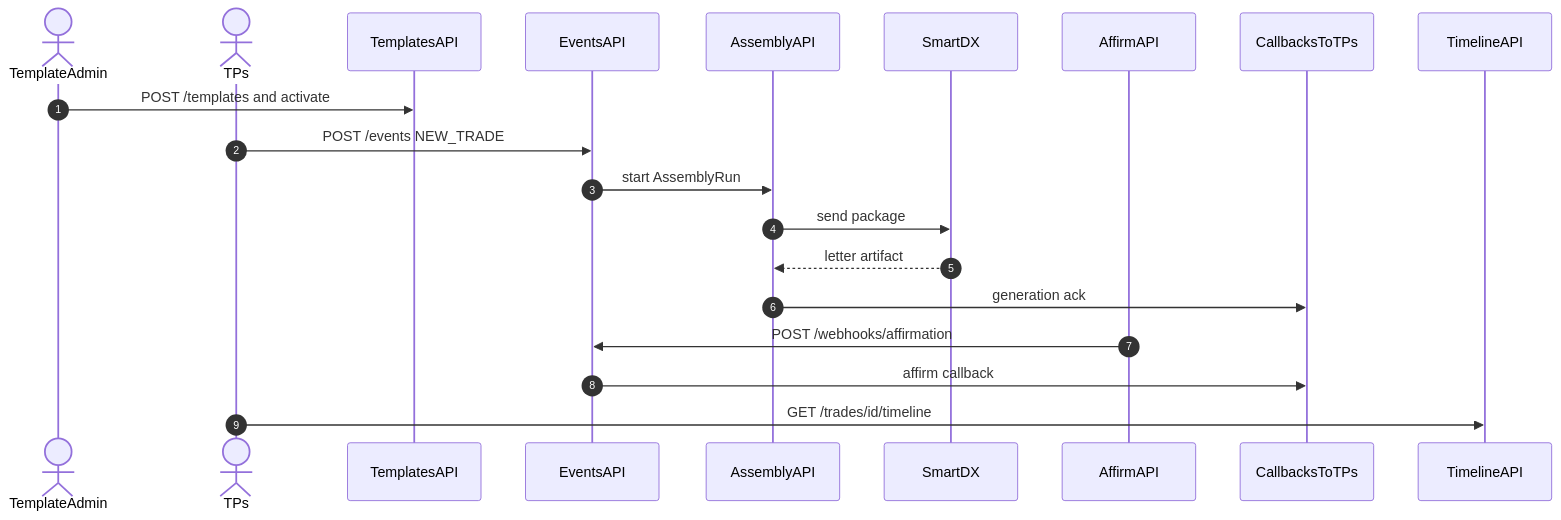
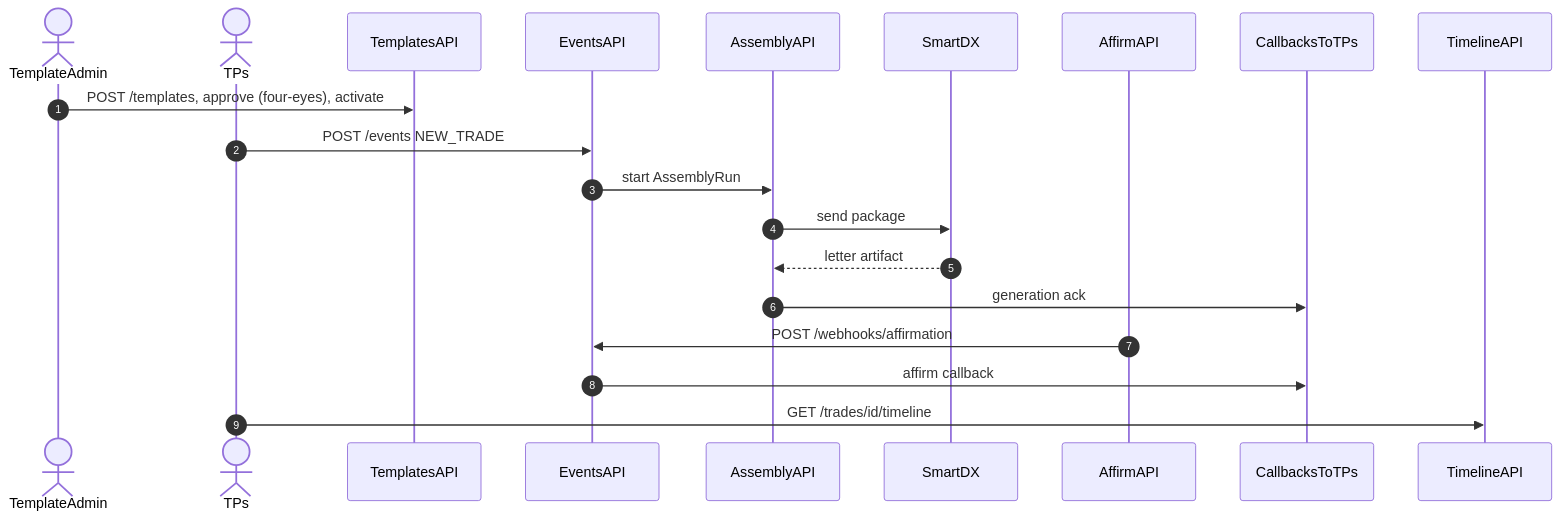
Before and after one commit to dae-nan/con4m8ions: the second of 2 diagrams in specs/api/openapi.md, drawn with Mermaid. The commit also changed other lines of this file and 98 other files, not shown here.

````diff
--- a/specs/api/openapi.md
+++ b/specs/api/openapi.md
@@ -105,23 +112,23 @@
 ```mermaid
 sequenceDiagram
   autonumber
   actor Admin as TemplateAdmin
   actor TPs
   participant A as TemplatesAPI
   participant B as EventsAPI
   participant C as AssemblyAPI
   participant SDX as SmartDX
   participant D as AffirmAPI
   participant CB as CallbacksToTPs
   participant F as TimelineAPI
 
-  Admin->>A: POST /templates and activate
+  Admin->>A: POST /templates, approve (four-eyes), activate
   TPs->>B: POST /events NEW_TRADE
   B->>C: start AssemblyRun
   C->>SDX: send package
   SDX-->>C: letter artifact
   C->>CB: generation ack
   D->>B: POST /webhooks/affirmation
   B->>CB: affirm callback
   TPs->>F: GET /trades/id/timeline
 ```
````
